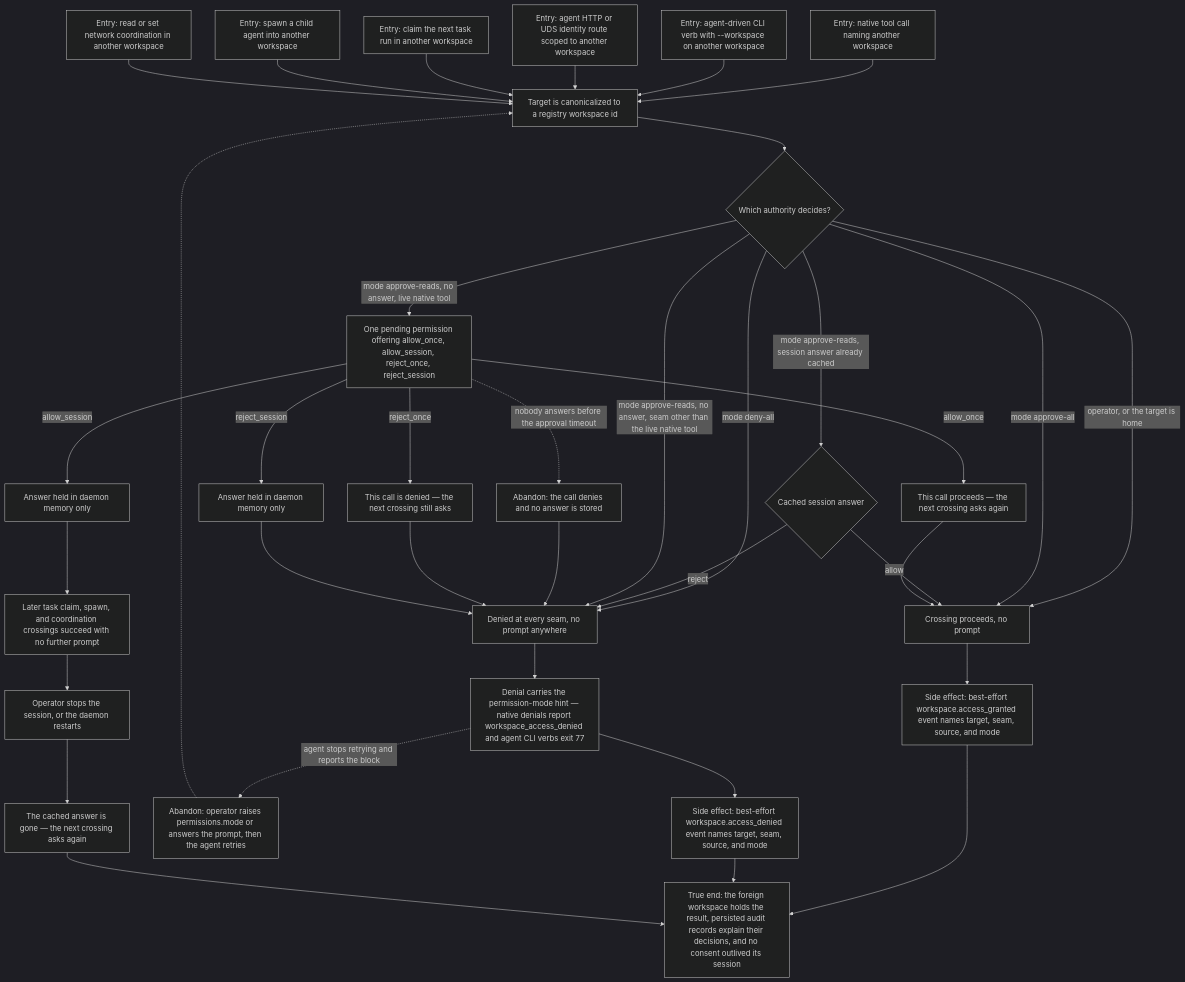
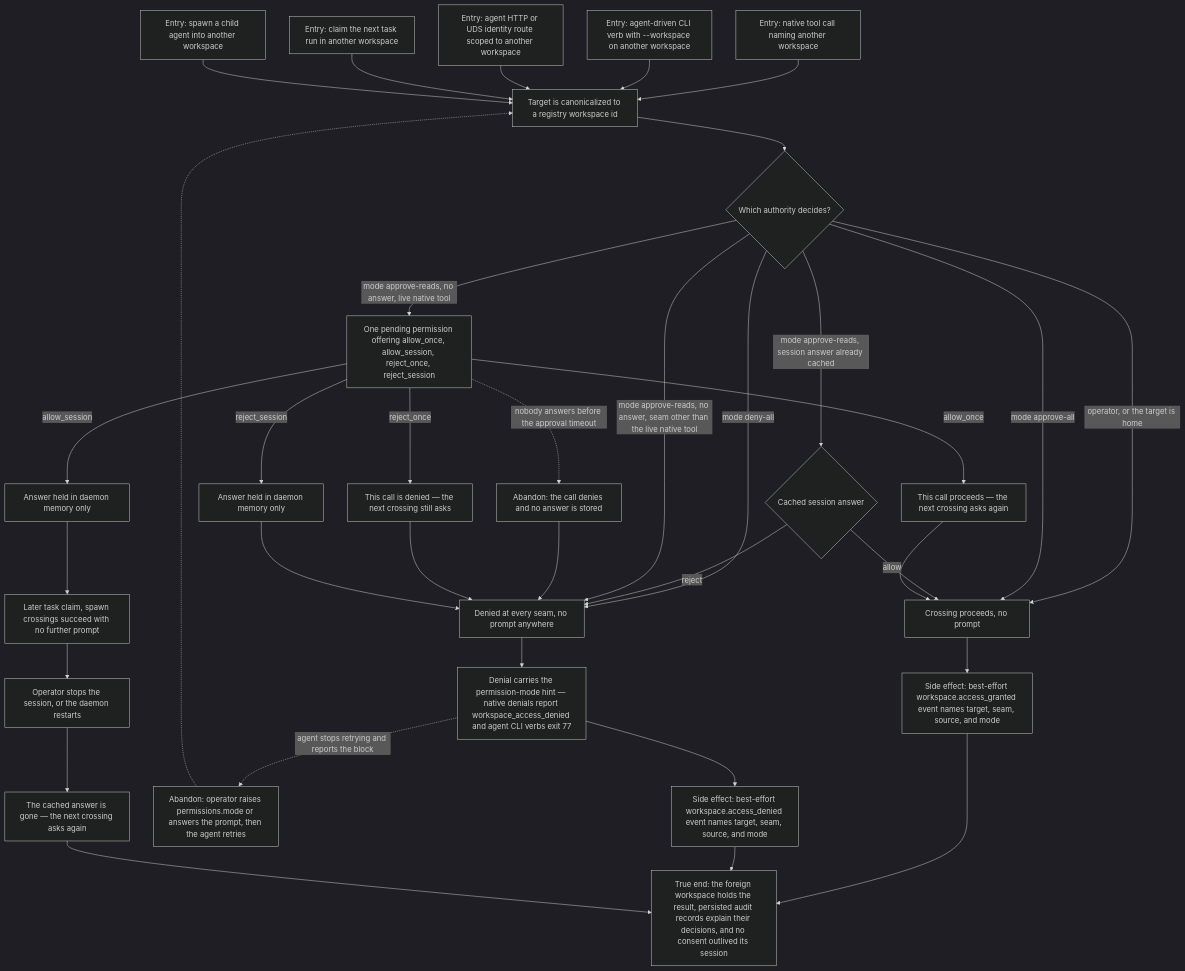
The diagram in docs/qa/journeys/J-cross-workspace-access.md (compozy/compozy), drawn with Mermaid (dark theme) before and after one commit. The commit also changed other lines of this file and 4091 other files, not shown here.

````diff
--- a/docs/qa/journeys/J-cross-workspace-access.md
+++ b/docs/qa/journeys/J-cross-workspace-access.md
@@ -10,38 +10,37 @@
 ```mermaid
 flowchart TD
     E1[Entry: native tool call naming another workspace] --> CAN[Target is canonicalized to a registry workspace id]
     E2[Entry: agent-driven CLI verb with --workspace on another workspace] --> CAN
     E3[Entry: agent HTTP or UDS identity route scoped to another workspace] --> CAN
     E4[Entry: claim the next task run in another workspace] --> CAN
     E5[Entry: spawn a child agent into another workspace] --> CAN
-    E6[Entry: read or set network coordination in another workspace] --> CAN
     CAN --> POL{Which authority decides?}
     POL -->|operator, or the target is home| ALLOW
     POL -->|mode approve-all| ALLOW[Crossing proceeds, no prompt]
     POL -->|mode deny-all| DENY[Denied at every seam, no prompt anywhere]
     POL -->|mode approve-reads, session answer already cached| CACHED{Cached session answer}
     CACHED -->|allow| ALLOW
     CACHED -->|reject| DENY
     POL -->|mode approve-reads, no answer, seam other than the live native tool| DENY
     POL -->|mode approve-reads, no answer, live native tool| ASK[One pending permission offering allow_once, allow_session, reject_once, reject_session]
     ASK -->|allow_once| ONCE[This call proceeds — the next crossing asks again]
     ASK -->|reject_once| RONCE[This call is denied — the next crossing still asks]
     ASK -->|allow_session| SESSALLOW[Answer held in daemon memory only]
     ASK -->|reject_session| SESSREJ[Answer held in daemon memory only]
     ASK -.->|nobody answers before the approval timeout| TO[Abandon: the call denies and no answer is stored]
     TO --> DENY
     ONCE --> ALLOW
     RONCE --> DENY
     SESSREJ --> DENY
-    SESSALLOW --> REUSE[Later task claim, spawn, and coordination crossings succeed with no further prompt]
+    SESSALLOW --> REUSE[Later task claim, spawn crossings succeed with no further prompt]
     ALLOW --> AUD[Side effect: best-effort workspace.access_granted event names target, seam, source, and mode]
     DENY --> HINT[Denial carries the permission-mode hint — native denials report workspace_access_denied and agent CLI verbs exit 77]
     HINT --> AUD2[Side effect: best-effort workspace.access_denied event names target, seam, source, and mode]
     HINT -.->|agent stops retrying and reports the block| AB[Abandon: operator raises permissions.mode or answers the prompt, then the agent retries]
     AB -.-> CAN
     REUSE --> STOP[Operator stops the session, or the daemon restarts]
     STOP --> EXP[The cached answer is gone — the next crossing asks again]
     AUD --> END[True end: the foreign workspace holds the result, persisted audit records explain their decisions, and no consent outlived its session]
     AUD2 --> END
     EXP --> END
 ```
````
